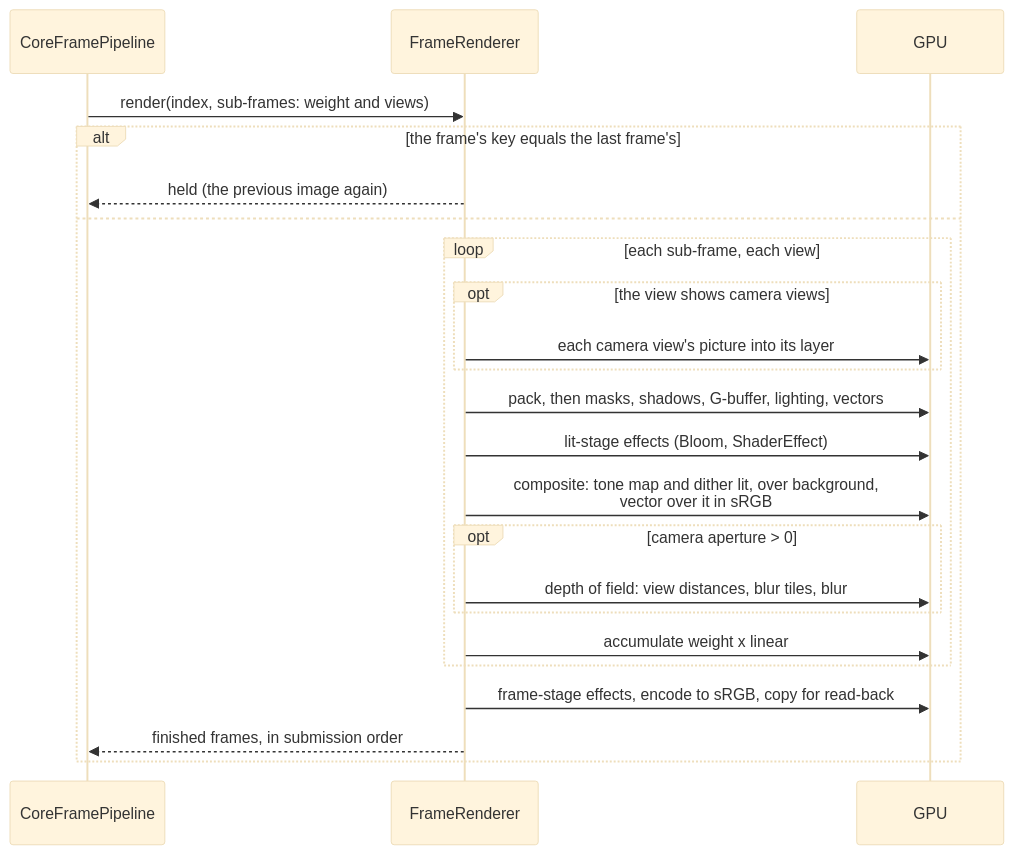
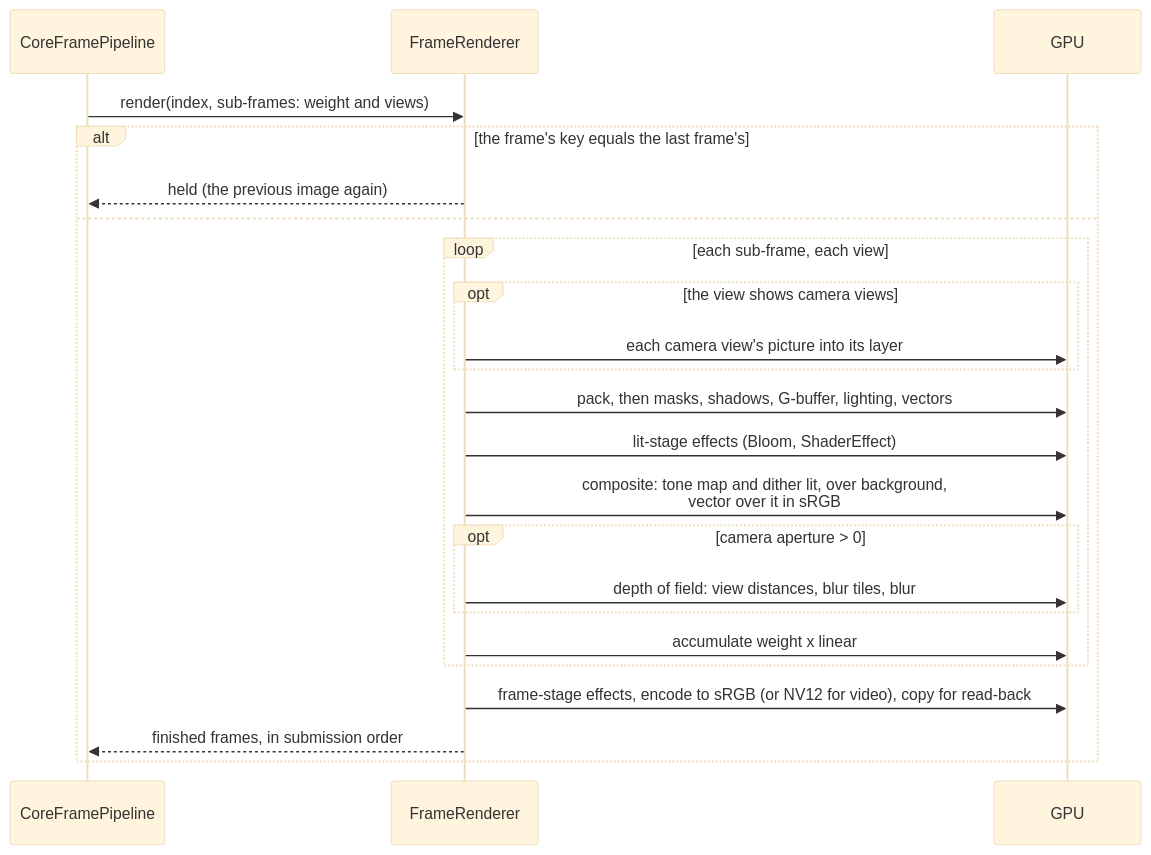
One commit to MrDiver/manim changed the fourth of 5 diagrams in manimx/manimx/renderer/README.md. Above: the diagram before and after it, drawn with Mermaid (base theme). The commit also changed 12 other files, not shown here.

First line of the commit message:
manimx: encode videos from NV12 frames converted on the GPU

````diff
--- a/manimx/manimx/renderer/README.md
+++ b/manimx/manimx/renderer/README.md
@@ -348,26 +348,26 @@
 ```mermaid
 sequenceDiagram
     participant Py as CoreFramePipeline
     participant FR as FrameRenderer
     participant GPU
 
     Py->>FR: render(index, sub-frames: weight and views)
     alt the frame's key equals the last frame's
         FR-->>Py: held (the previous image again)
     else
         loop each sub-frame, each view
             opt the view shows camera views
                 FR->>GPU: each camera view's picture into its layer
             end
             FR->>GPU: pack, then masks, shadows, G-buffer, lighting, vectors
             FR->>GPU: lit-stage effects (Bloom, ShaderEffect)
             FR->>GPU: composite: tone map and dither lit, over background,<br/>vector over it in sRGB
             opt camera aperture > 0
                 FR->>GPU: depth of field: view distances, blur tiles, blur
             end
             FR->>GPU: accumulate weight x linear
         end
-        FR->>GPU: frame-stage effects, encode to sRGB, copy for read-back
+        FR->>GPU: frame-stage effects, encode to sRGB (or NV12 for video), copy for read-back
         FR-->>Py: finished frames, in submission order
     end
 ```
````
